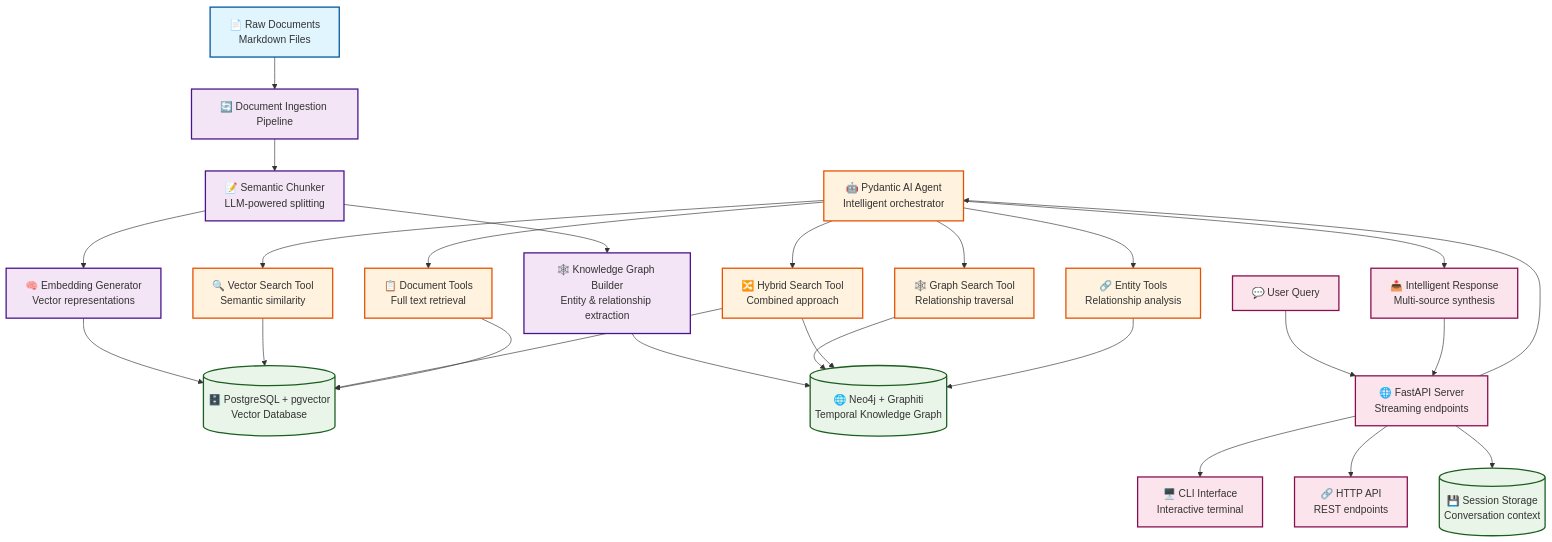
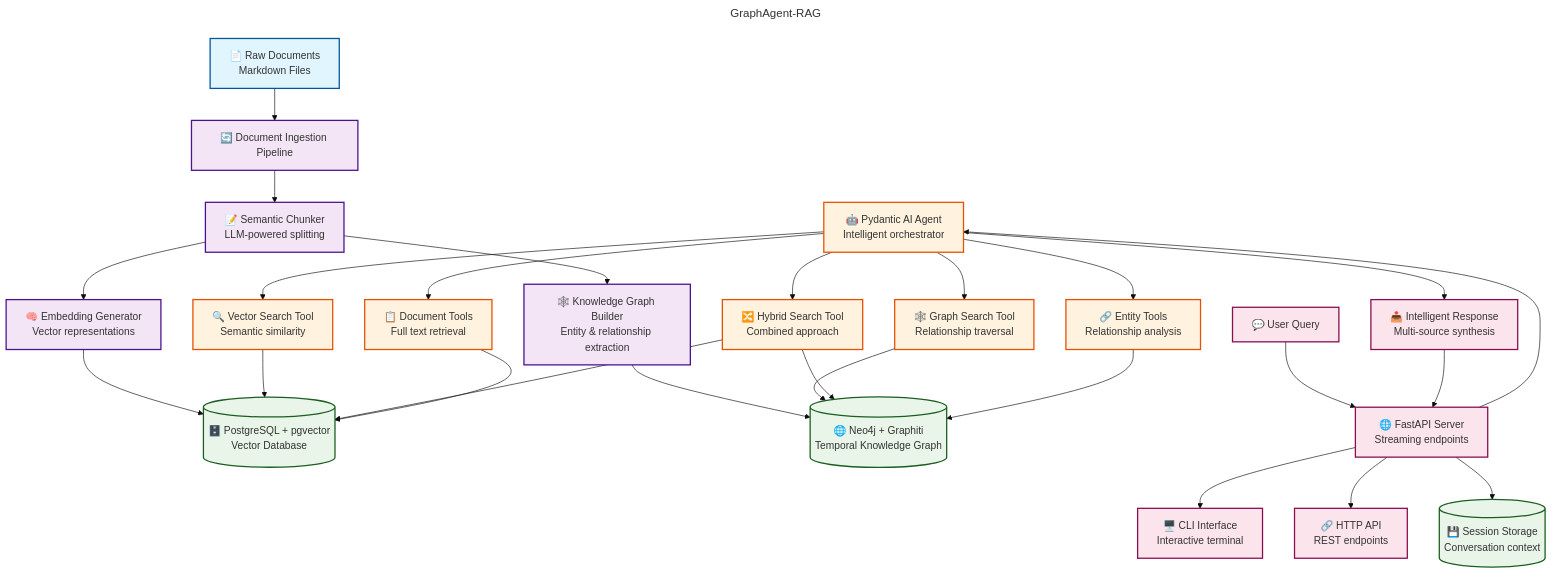
One commit to Mathews-Tom/GraphAgent-RAG changed the diagram in README.md. Above: the diagram before and after it, drawn with Mermaid. The commit also changed other lines of this file, not shown here.

````diff
--- a/README.md
+++ b/README.md
@@ -44,53 +44,65 @@
 ```mermaid
+---
+title: GraphAgent-RAG           # visible diagram title
+config:
+  theme: base
+  themeVariables:
+    titleColor: '#0d47a1'       # just the title’s colour
+  themeCSS: |                   # font-size + weight for the title only
+    .diagram-title-text {
+      font-size: 28px;
+      font-weight: 700;
+    }
+---
 graph TD
     %% Input Layer
     A[📄 Raw Documents<br/>Markdown Files] --> B[🔄 Document Ingestion Pipeline]
     
     %% Ingestion Pipeline Components
     B --> C[📝 Semantic Chunker<br/>LLM-powered splitting]
     C --> D[🧠 Embedding Generator<br/>Vector representations]
     C --> E[🕸️ Knowledge Graph Builder<br/>Entity & relationship extraction]
     
     %% Storage Layer
     D --> F[(🗄️ PostgreSQL + pgvector<br/>Vector Database)]
     E --> G[(🌐 Neo4j + Graphiti<br/>Temporal Knowledge Graph)]
     
     %% Agent Layer
     H[🤖 Pydantic AI Agent<br/>Intelligent orchestrator] --> I[🔍 Vector Search Tool<br/>Semantic similarity]
     H --> J[🕸️ Graph Search Tool<br/>Relationship traversal]
     H --> K[🔀 Hybrid Search Tool<br/>Combined approach]
     H --> L[📋 Document Tools<br/>Full text retrieval]
     H --> M[🔗 Entity Tools<br/>Relationship analysis]
     
     %% Tool Connections to Storage
     I --> F
     J --> G
     K --> F
     K --> G
     L --> F
     M --> G
     
     %% Interface Layer
     N[💬 User Query] --> O[🌐 FastAPI Server<br/>Streaming endpoints]
     O --> H
     H --> P[📤 Intelligent Response<br/>Multi-source synthesis]
     P --> O
     O --> Q[🖥️ CLI Interface<br/>Interactive terminal]
     O --> R[🔗 HTTP API<br/>REST endpoints]
     
     %% Session Management
     O --> S[(💾 Session Storage<br/>Conversation context)]
     
     %% Styling
     classDef input fill:#e1f5fe,stroke:#01579b,stroke-width:2px
     classDef processing fill:#f3e5f5,stroke:#4a148c,stroke-width:2px
     classDef storage fill:#e8f5e8,stroke:#1b5e20,stroke-width:2px
     classDef agent fill:#fff3e0,stroke:#e65100,stroke-width:2px
     classDef interface fill:#fce4ec,stroke:#880e4f,stroke-width:2px
     
     class A input
     class B,C,D,E processing
     class F,G,S storage
     class H,I,J,K,L,M agent
     class N,O,P,Q,R interface
 ```
````
